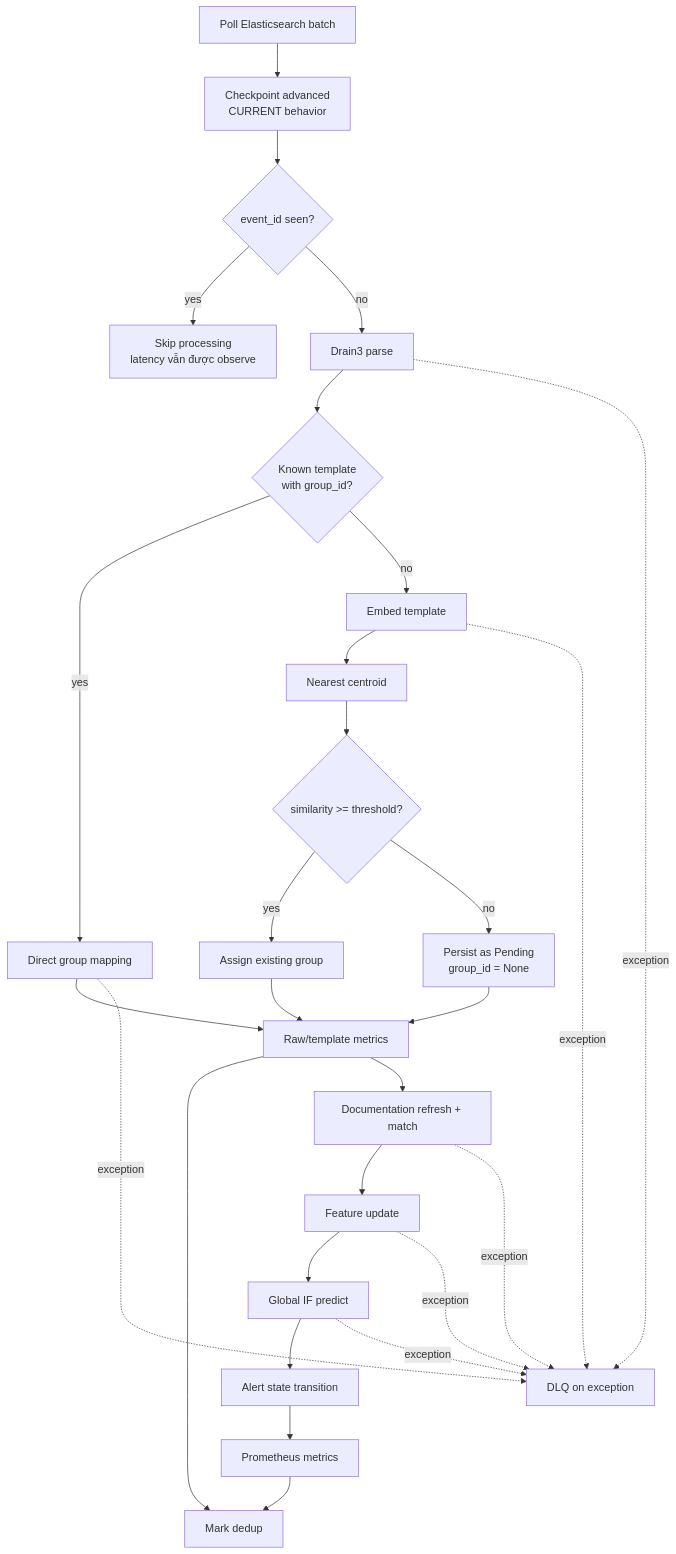
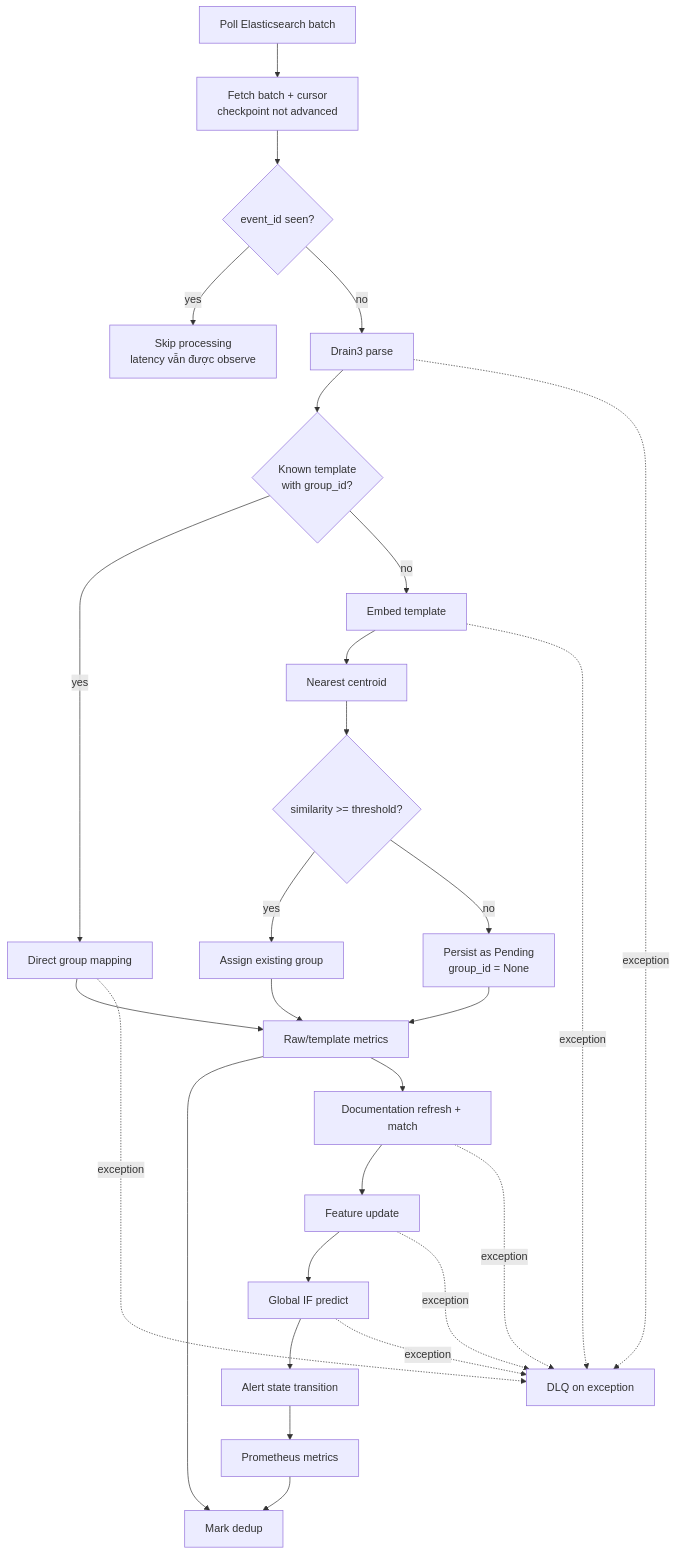
Before and after one commit to Cong123z/LogAi: the third of 4 diagrams in ARCHITECTURE.md, drawn with Mermaid. The commit also changed other lines of this file and 7 other files, not shown here.

````diff
--- a/ARCHITECTURE.md
+++ b/ARCHITECTURE.md
@@ -336,38 +336,38 @@
 ```mermaid
 flowchart TD
     A[Poll Elasticsearch batch]
-    B[Checkpoint advanced<br/>CURRENT behavior]
+    B[Fetch batch + cursor<br/>checkpoint not advanced]
     C{event_id seen?}
     D[Drain3 parse]
     E{Known template<br/>with group_id?}
     F[Direct group mapping]
     G[Embed template]
     H[Nearest centroid]
     I{similarity >= threshold?}
     J[Assign existing group]
     K[Persist as Pending<br/>group_id = None]
     L[Raw/template metrics]
     M[Documentation refresh + match]
     N[Feature update]
     O[Global IF predict]
     P[Alert state transition]
     Q[Prometheus metrics]
     R[Mark dedup]
     S[DLQ on exception]
     T[Skip processing<br/>latency vẫn được observe]
 
     A --> B --> C
     C -->|yes| T
     C -->|no| D --> E
     E -->|yes| F --> L
     E -->|no| G --> H --> I
     I -->|yes| J --> L
     I -->|no| K --> L --> R
     L --> M --> N --> O --> P --> Q --> R
     D -. exception .-> S
     F -. exception .-> S
     G -. exception .-> S
     M -. exception .-> S
     N -. exception .-> S
     O -. exception .-> S
 ```
````
